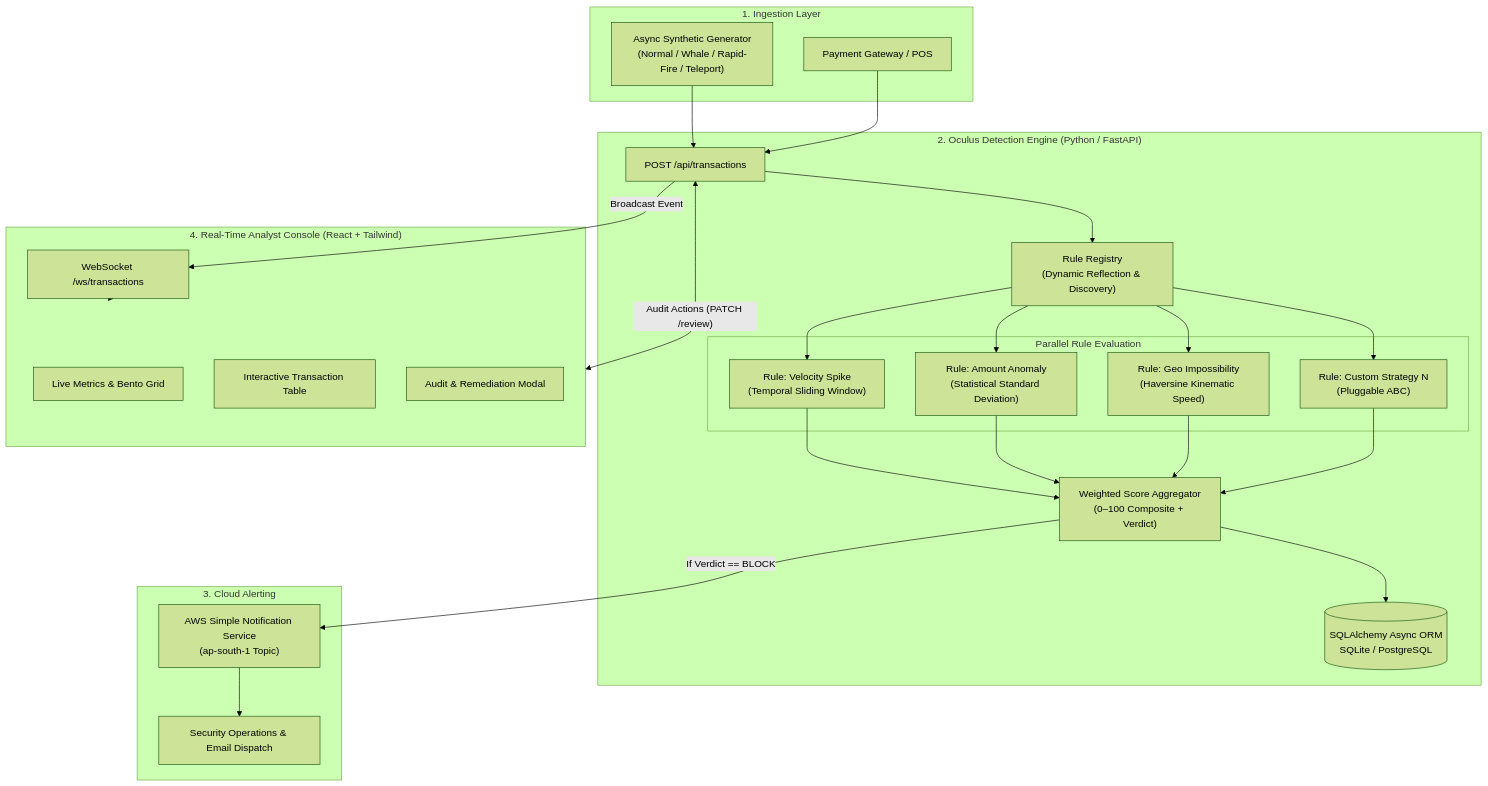
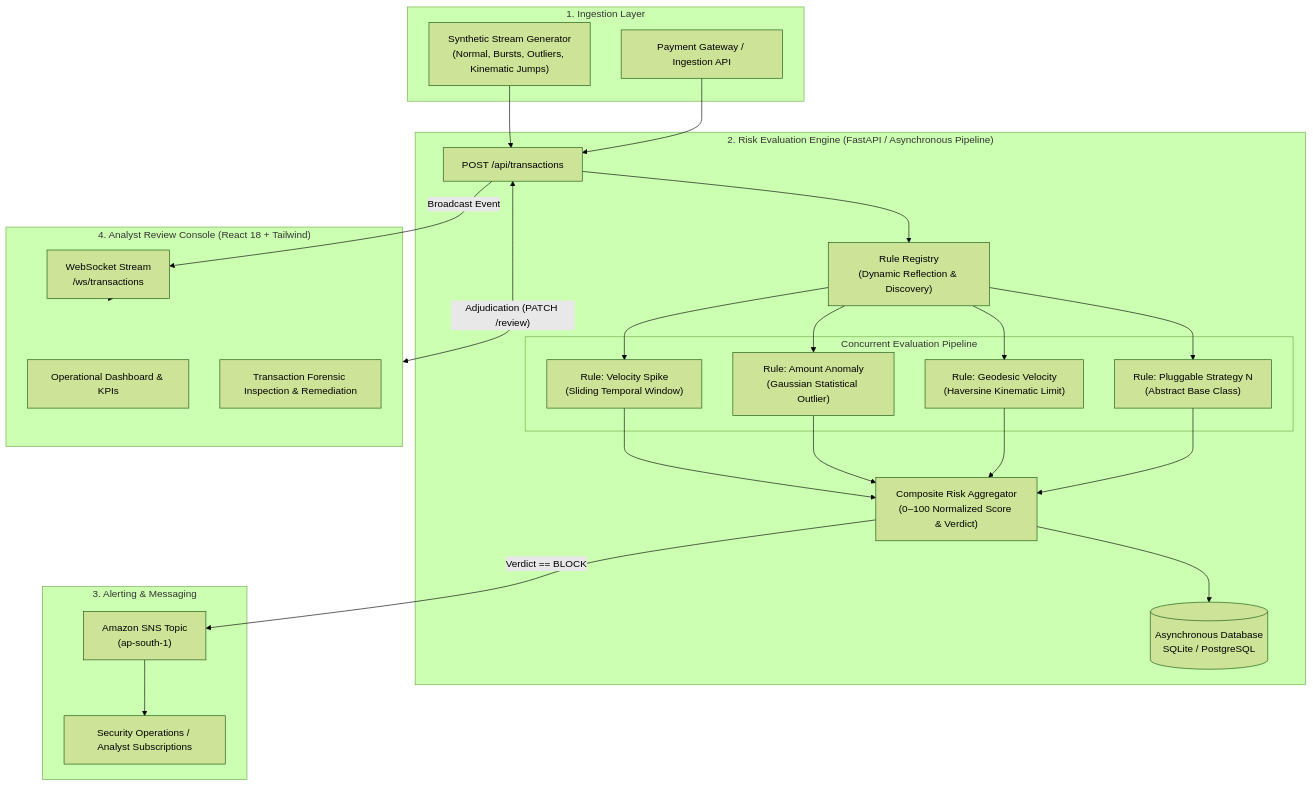
Before and after one commit to Kabe-Innovates/oculus: the diagram in README.md, drawn with Mermaid (forest theme). The commit also changed other lines of this file, not shown here.

First line of the commit message:
docs: revise README to enterprise standard, removing informal iconography

````diff
--- a/README.md
+++ b/README.md
@@ -37,45 +28,44 @@
 ```mermaid
 flowchart TB
-    subgraph INGESTION ["1. Ingestion Layer"]
-        SIM["Async Synthetic Generator<br/>(Normal / Whale / Rapid-Fire / Teleport)"]
-        CLIENT["Payment Gateway / POS"]
+    subgraph Ingestion["1. Ingestion Layer"]
+        SIM["Synthetic Stream Generator<br/>(Normal, Bursts, Outliers, Kinematic Jumps)"]
+        GATEWAY["Payment Gateway / Ingestion API"]
     end
 
-    subgraph ENGINE ["2. Oculus Detection Engine (Python / FastAPI)"]
-        ROUTER["POST /api/transactions"]
+    subgraph CoreEngine["2. Risk Evaluation Engine (FastAPI / Asynchronous Pipeline)"]
+        INGEST["POST /api/transactions"]
         REGISTRY["Rule Registry<br/>(Dynamic Reflection & Discovery)"]
         
-        subgraph PIPELINE ["Parallel Rule Evaluation"]
-            R1["Rule: Velocity Spike<br/>(Temporal Sliding Window)"]
-            R2["Rule: Amount Anomaly<br/>(Statistical Standard Deviation)"]
-            R3["Rule: Geo Impossibility<br/>(Haversine Kinematic Speed)"]
-            RN["Rule: Custom Strategy N<br/>(Pluggable ABC)"]
+        subgraph Rules["Concurrent Evaluation Pipeline"]
+            R1["Rule: Velocity Spike<br/>(Sliding Temporal Window)"]
+            R2["Rule: Amount Anomaly<br/>(Gaussian Statistical Outlier)"]
+            R3["Rule: Geodesic Velocity<br/>(Haversine Kinematic Limit)"]
+            RN["Rule: Pluggable Strategy N<br/>(Abstract Base Class)"]
         end
         
-        AGGREGATOR["Weighted Score Aggregator<br/>(0–100 Composite + Verdict)"]
-        DB[(SQLAlchemy Async ORM<br/>SQLite / PostgreSQL)]
+        AGGREGATOR["Composite Risk Aggregator<br/>(0–100 Normalized Score & Verdict)"]
+        STORAGE[(Asynchronous Database<br/>SQLite / PostgreSQL)]
     end
 
-    subgraph CLOUD ["3. Cloud Alerting"]
-        SNS["AWS Simple Notification Service<br/>(ap-south-1 Topic)"]
-        SEC_TEAM["Security Operations & Email Dispatch"]
+    subgraph Notification["3. Alerting & Messaging"]
+        SNS["Amazon SNS Topic<br/>(ap-south-1)"]
+        OPS["Security Operations / Analyst Subscriptions"]
     end
 
-    subgraph CONSOLE ["4. Real-Time Analyst Console (React + Tailwind)"]
-        WS["WebSocket /ws/transactions"]
-        DASH["Live Metrics & Bento Grid"]
-        TABLE["Interactive Transaction Table"]
-        AUDIT["Audit & Remediation Modal"]
+    subgraph Console["4. Analyst Review Console (React 18 + Tailwind)"]
+        WS["WebSocket Stream<br/>/ws/transactions"]
+        DASH["Operational Dashboard & KPIs"]
+        AUDIT["Transaction Forensic Inspection & Remediation"]
     end
 
-    SIM & CLIENT --> ROUTER
-    ROUTER --> REGISTRY
+    SIM & GATEWAY --> INGEST
+    INGEST --> REGISTRY
     REGISTRY --> R1 & R2 & R3 & RN
     R1 & R2 & R3 & RN --> AGGREGATOR
-    AGGREGATOR --> DB
-    AGGREGATOR -->|"If Verdict == BLOCK"| SNS
-    SNS --> SEC_TEAM
-    ROUTER -->|"Broadcast Event"| WS
-    WS --> CONSOLE
-    CONSOLE <-->|"Audit Actions (PATCH /review)"| ROUTER
+    AGGREGATOR --> STORAGE
+    AGGREGATOR -->|"Verdict == BLOCK"| SNS
+    SNS --> OPS
+    INGEST -->|"Broadcast Event"| WS
+    WS --> Console
+    Console <-->|"Adjudication (PATCH /review)"| INGEST
 ```
````
